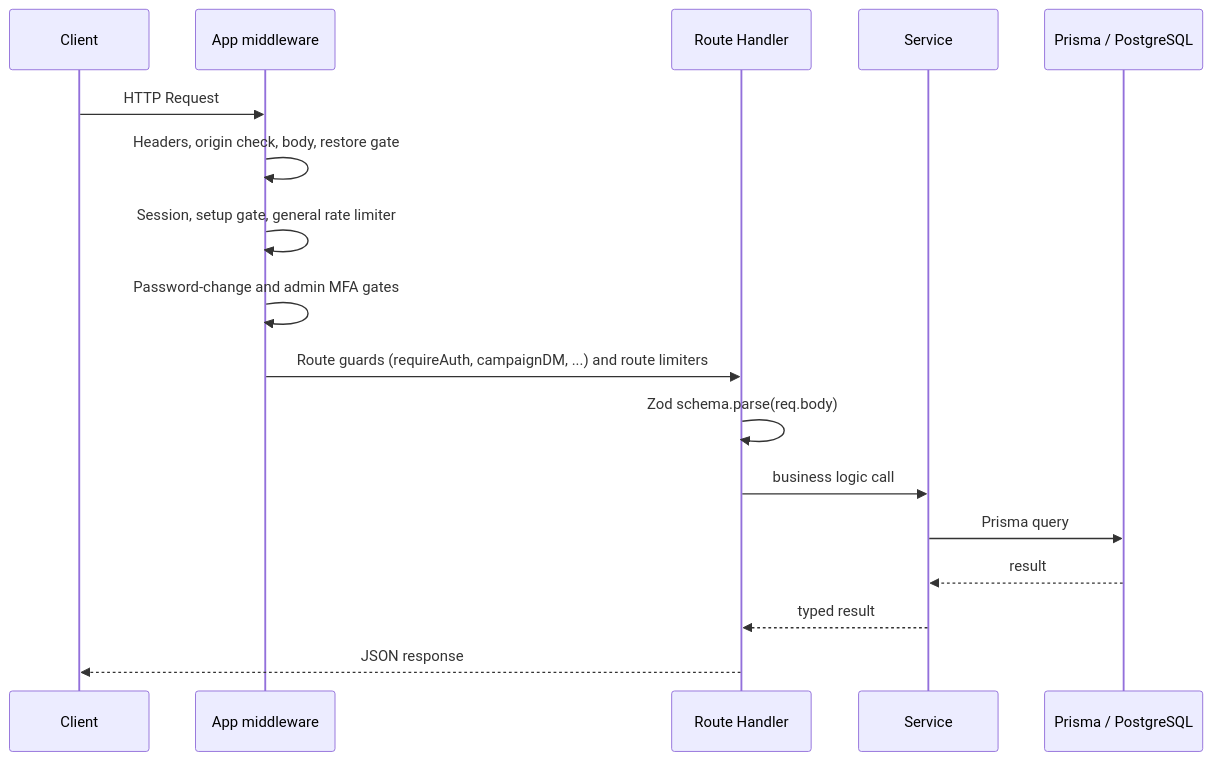
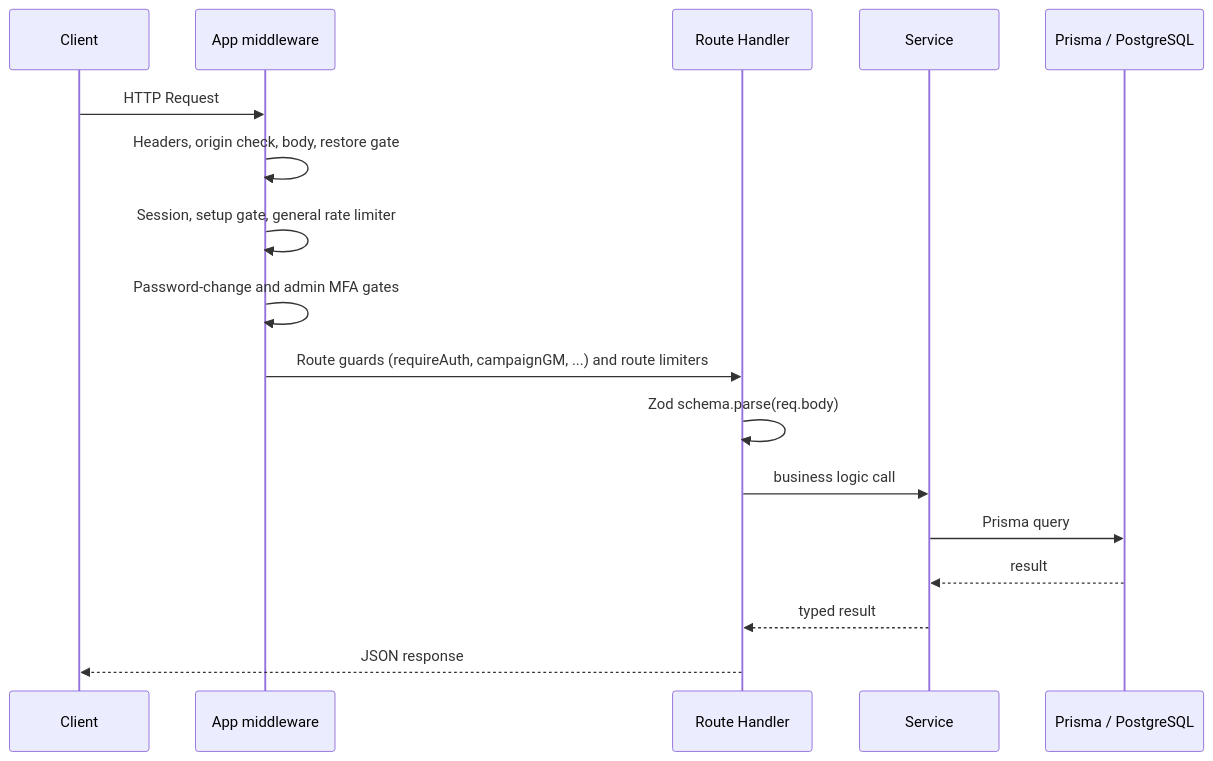
Before and after one commit to CheekyChinchilla/CozyVTT: the second of 6 diagrams in docs/ARCHITECTURE.md, drawn with Mermaid. The commit also changed other lines of this file and 28 other files, not shown here.

````diff
--- a/docs/ARCHITECTURE.md
+++ b/docs/ARCHITECTURE.md
@@ -243,20 +267,20 @@
 ```mermaid
 sequenceDiagram
     participant C as Client
     participant M as App middleware
     participant R as Route Handler
     participant S as Service
     participant DB as Prisma / PostgreSQL
 
     C->>M: HTTP Request
     M->>M: Headers, origin check, body, restore gate
     M->>M: Session, setup gate, general rate limiter
     M->>M: Password-change and admin MFA gates
-    M->>R: Route guards (requireAuth, campaignDM, ...) and route limiters
+    M->>R: Route guards (requireAuth, campaignGM, ...) and route limiters
     R->>R: Zod schema.parse(req.body)
     R->>S: business logic call
     S->>DB: Prisma query
     DB-->>S: result
     S-->>R: typed result
     R-->>C: JSON response
 ```
````
